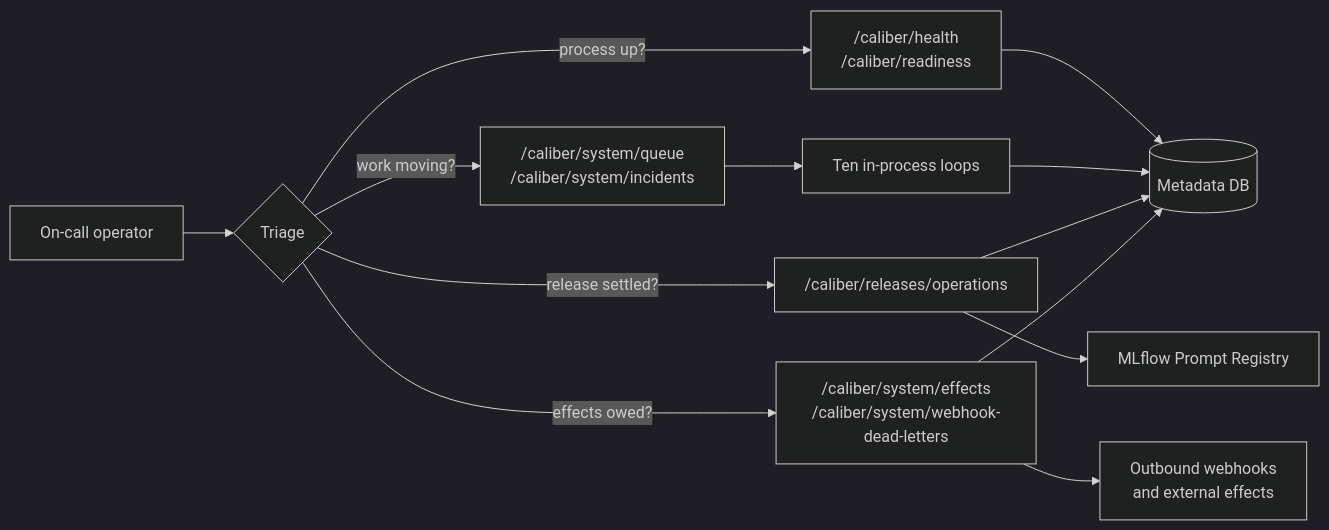
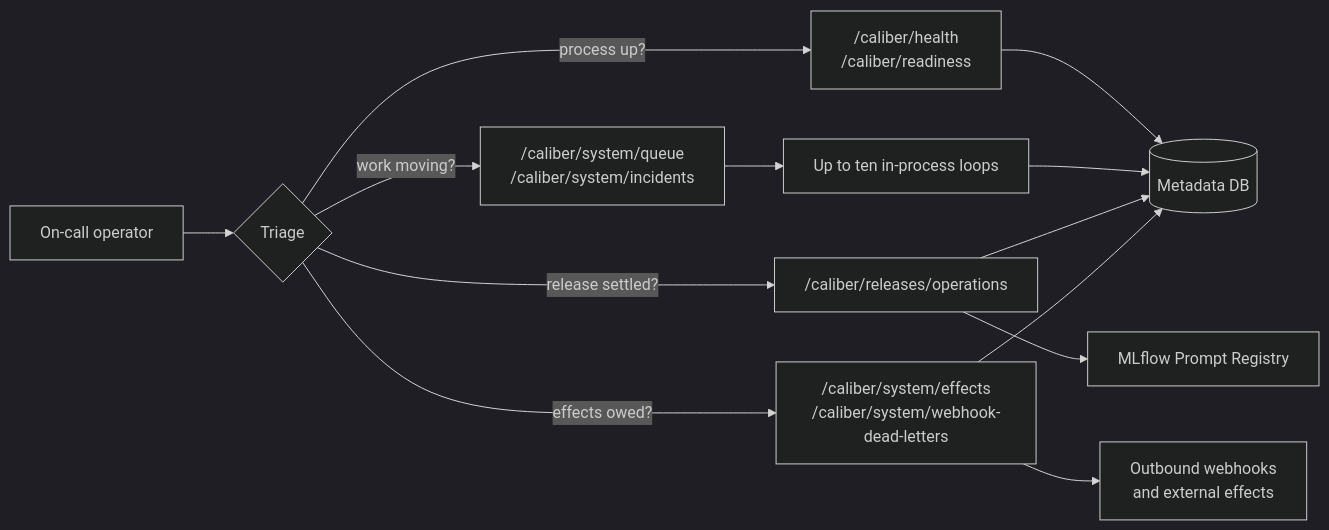
The diagram in docs/runbook.md (rrahimi-uci/caliber-suite), drawn with Mermaid (dark theme) before and after one commit. The commit also changed other lines of this file and 15 other files, not shown here.

````diff
--- a/docs/runbook.md
+++ b/docs/runbook.md
@@ -44,18 +44,18 @@
 ```mermaid
 flowchart LR
     OP[On-call operator]:::user --> TRI{Triage}:::ui
 
     TRI -->|process up?| H["/caliber/health\n/caliber/readiness"]:::ctrl
     TRI -->|work moving?| Q["/caliber/system/queue\n/caliber/system/incidents"]:::ctrl
     TRI -->|release settled?| R["/caliber/releases/operations"]:::ctrl
     TRI -->|effects owed?| E["/caliber/system/effects\n/caliber/system/webhook-dead-letters"]:::ctrl
 
     H --> DB[(Metadata DB)]:::store
-    Q --> LOOPS[Ten in-process loops]:::async
+    Q --> LOOPS[Up to ten in-process loops]:::async
     R --> MLF[MLflow Prompt Registry]:::ext
     E --> EXT[Outbound webhooks\nand external effects]:::ext
 
     LOOPS --> DB
     R --> DB
     E --> DB
 ```
````
